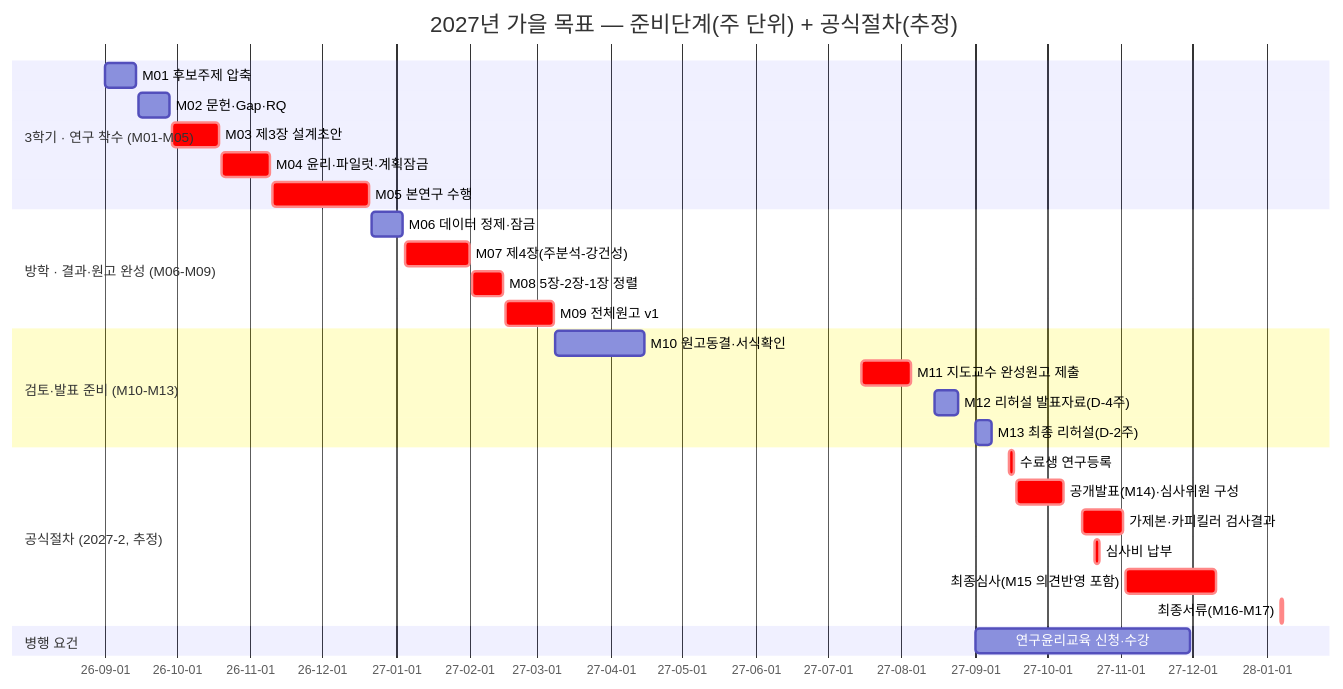
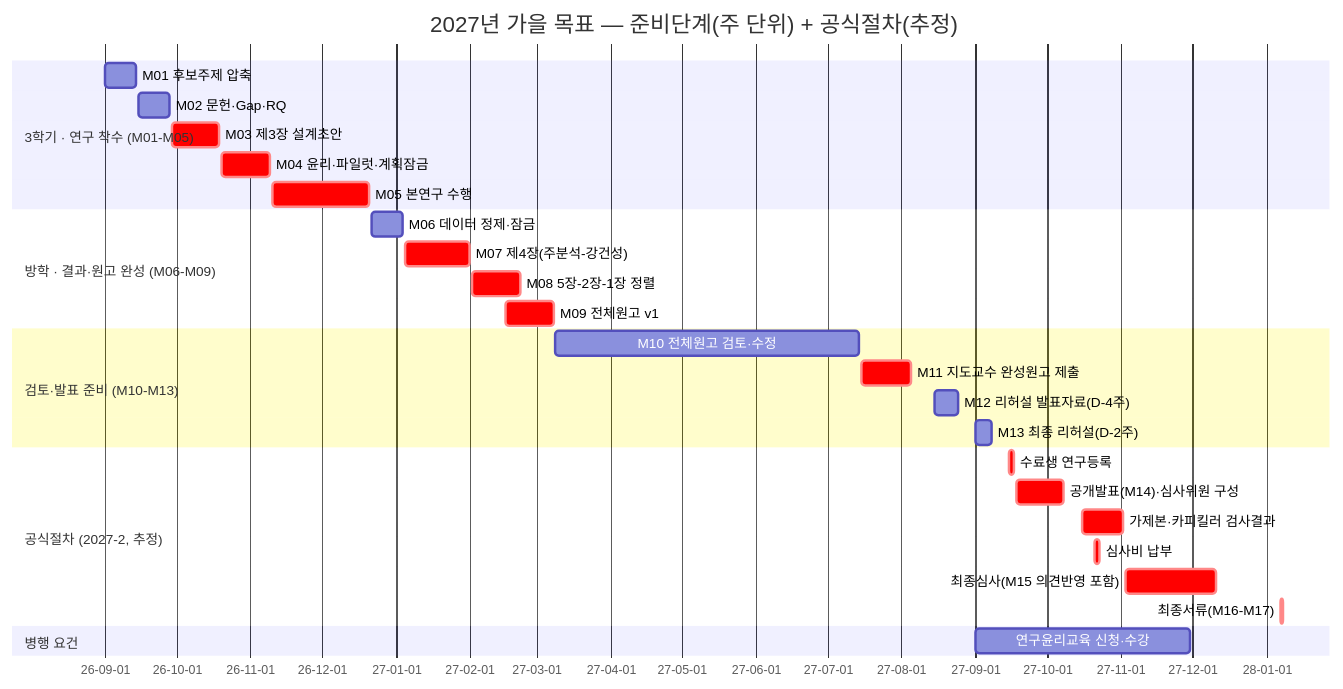
One commit to heen1987-ops/SSU-Xin_Lab-Master-guide changed the diagram in 10_예상일정_2027년2학기_간트차트.md. Above: the diagram before and after it, drawn with Mermaid. The commit also changed other lines of this file and 18 other files, not shown here.

````diff
--- a/10_예상일정_2027년2학기_간트차트.md
+++ b/10_예상일정_2027년2학기_간트차트.md
@@ -131,36 +131,36 @@
 ```mermaid
 gantt
     title 2027년 가을 목표 — 준비단계(주 단위) + 공식절차(추정)
     dateFormat  YYYY-MM-DD
     axisFormat  %y-%m-%d
 
     section 3학기 · 연구 착수 (M01-M05)
     M01 후보주제 압축              :a1, 2026-09-01, 2026-09-14
     M02 문헌·Gap·RQ                :a2, 2026-09-15, 2026-09-28
     M03 제3장 설계초안             :crit, a3, 2026-09-29, 2026-10-19
     M04 윤리·파일럿·계획잠금       :crit, a4, 2026-10-20, 2026-11-09
     M05 본연구 수행                :crit, a5, 2026-11-10, 2026-12-21
 
     section 방학 · 결과·원고 완성 (M06-M09)
     M06 데이터 정제·잠금           :b1, 2026-12-22, 2027-01-04
     M07 제4장(주분석-강건성)       :crit, b2, 2027-01-05, 2027-02-01
-    M08 5장-2장-1장 정렬           :crit, b3, 2027-02-02, 2027-02-15
+    M08 5장-2장-1장 정렬           :crit, b3, 2027-02-02, 2027-02-22
     M09 전체원고 v1                :crit, b4, 2027-02-16, 2027-03-08
 
     section 검토·발표 준비 (M10-M13)
-    M10 원고동결·서식확인          :c1, 2027-03-09, 2027-04-15
+    M10 전체원고 검토·수정 :c1, 2027-03-09, 2027-07-14
     M11 지도교수 완성원고 제출     :crit, c2, 2027-07-15, 2027-08-05
     M12 리허설 발표자료(D-4주)     :c3, 2027-08-15, 2027-08-25
     M13 최종 리허설(D-2주)         :c4, 2027-09-01, 2027-09-08
 
     section 공식절차 (2027-2, 추정)
     수료생 연구등록                :crit, d1, 2027-09-15, 2027-09-17
     공개발표(M14)·심사위원 구성    :crit, d2, 2027-09-18, 2027-10-08
     가제본·카피킬러 검사결과       :crit, d3, 2027-10-16, 2027-11-02
     심사비 납부                    :crit, d4, 2027-10-21, 2027-10-23
     최종심사(M15 의견반영 포함)    :crit, d5, 2027-11-03, 2027-12-11
     최종서류(M16-M17)              :crit, d6, 2028-01-07, 2028-01-08
 
     section 병행 요건
     연구윤리교육 신청·수강         :e1, 2027-09-01, 2027-11-30
 ```
````
